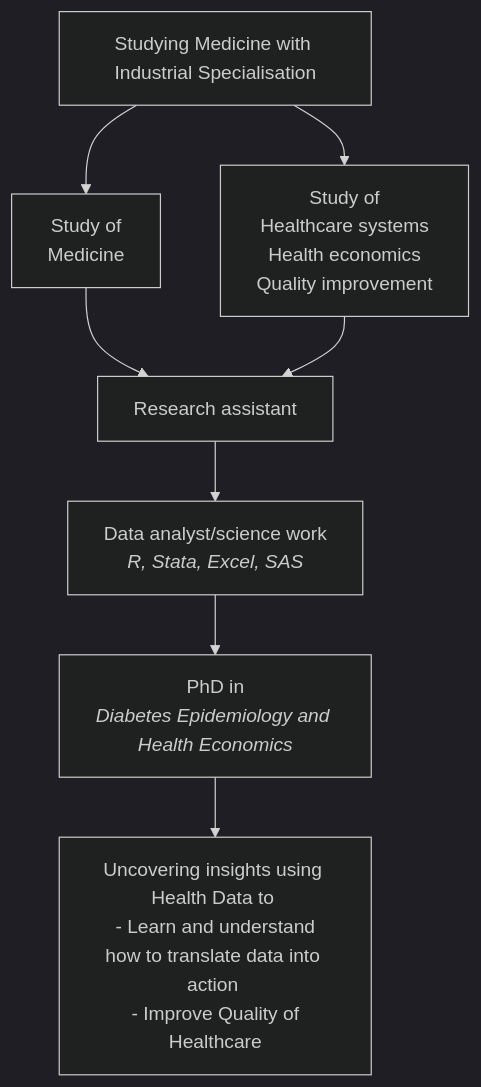
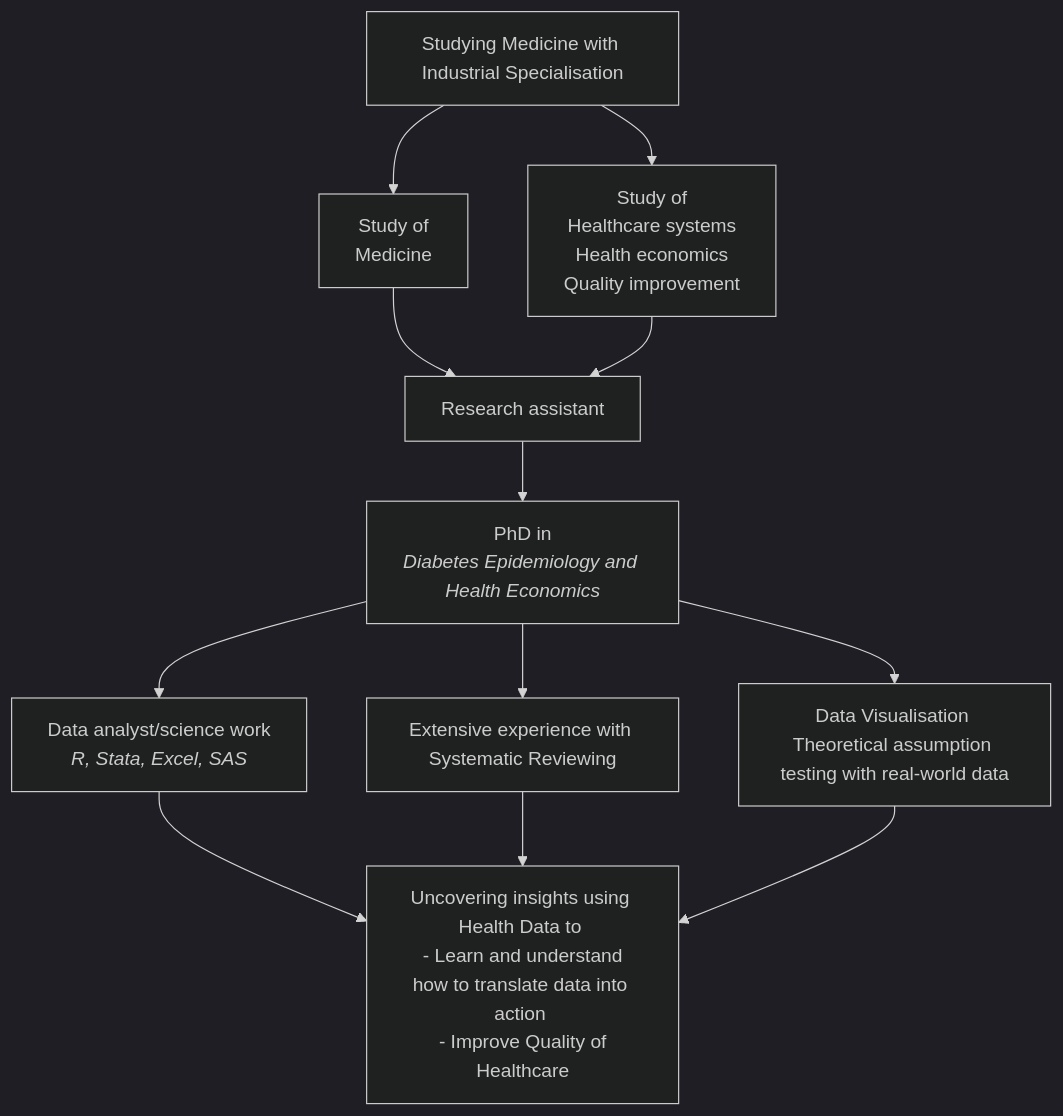
Before and after one commit to Henkevitus/publicdataprojects: the diagram in index.qmd, drawn with Mermaid (dark theme).

Commit message:
update mermaid

````diff
--- a/index.qmd
+++ b/index.qmd
@@ -13,23 +13,29 @@
 ```{mermaid}
 %%| fig-label: YAY
 flowchart TB
   A[Studying Medicine with Industrial Specialisation]
   A2[Study of <br/>Medicine]
   A3[Study of <br/>Healthcare systems <br/> Health economics <br/>Quality improvement]
   %%B[Volunteer work]
   C[Research assistant]
-  D[Data analyst/science work<br/><i/>R, Stata, Excel, SAS<b>]
-  E[PhD in<br/><i/>Diabetes Epidemiology and Health Economics<b>]
+  D[PhD in<br/><i/>Diabetes Epidemiology and Health Economics<b>]
+  E1[Data analyst/science work<br/><i/>R, Stata, Excel, SAS<b>]
+  E2[Extensive experience with Systematic Reviewing]
+  E3[Data Visualisation <br/>Theoretical assumption testing with real-world data]
   F[Uncovering insights using Health Data to <br/> - Learn and understand how to translate data into action <br/> - Improve Quality of Healthcare ]
 
   A --> A2
   A --> A3
   A2 --> C
   A3 --> C
   C --> D
-  D --> E
+  D --> E1
+  D --> E2
+  D --> E3
 
-  E --> F
+  E1 --> F
+  E2 --> F
+  E3 --> F
   %%B --> F
 
 ```
````
